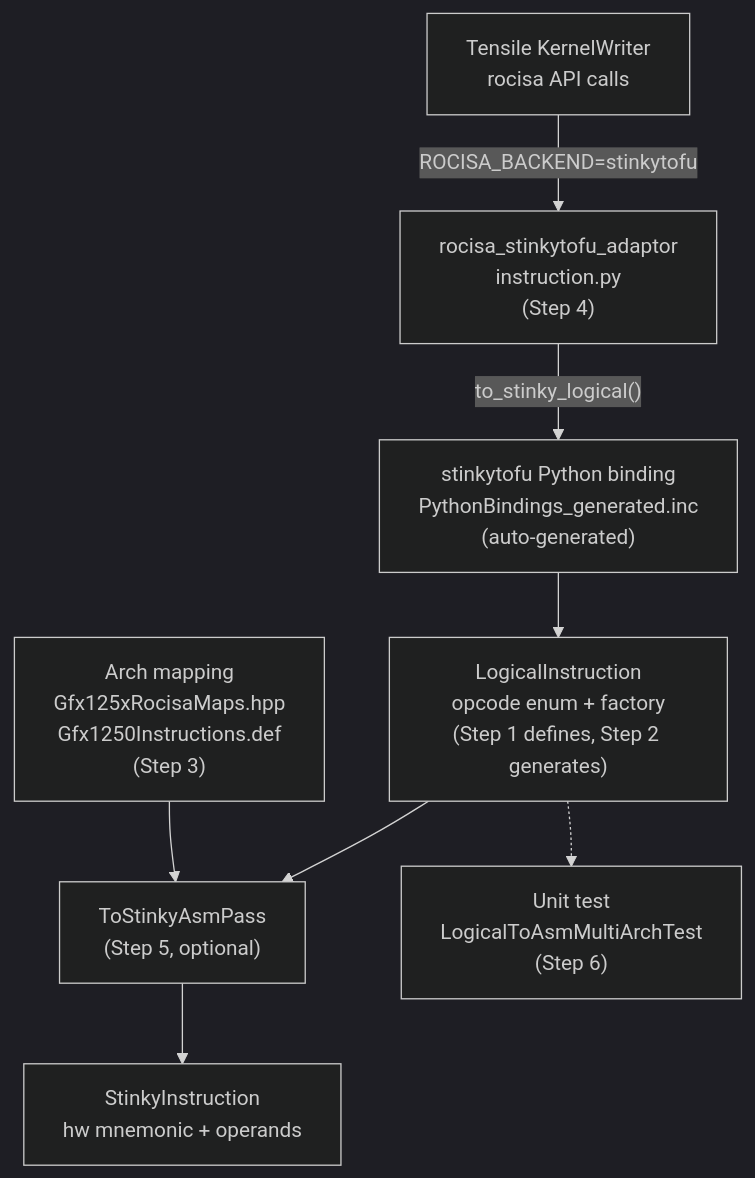
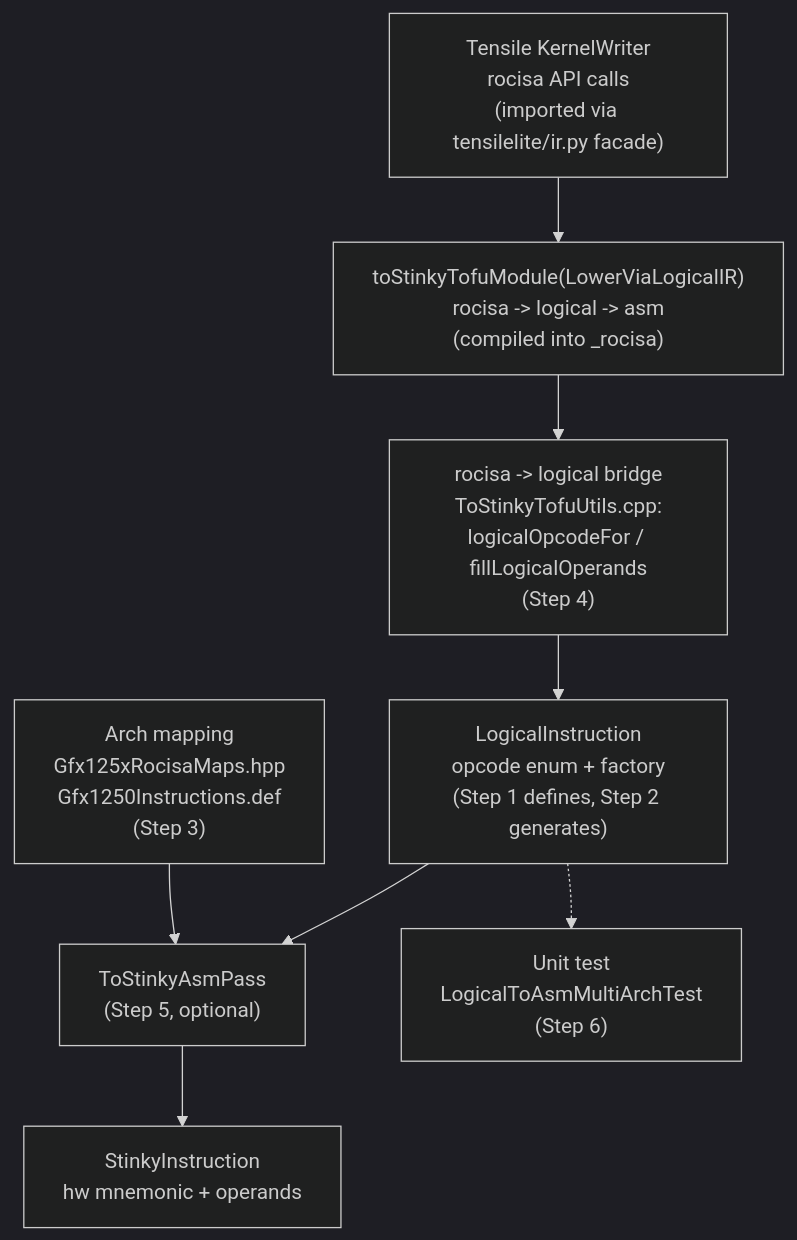
One commit to ROCm/rocm-libraries changed the diagram in shared/stinkytofu/.cursor/skills/add-logical-ir-instruction/SKILL.md. Above: the diagram before and after it, drawn with Mermaid (dark theme). The commit also changed other lines of this file and 1 other file, not shown here.

Commit message:
docs(stinkytofu): update logical-IR guides after adaptor removal

````diff
--- a/shared/stinkytofu/.cursor/skills/add-logical-ir-instruction/SKILL.md
+++ b/shared/stinkytofu/.cursor/skills/add-logical-ir-instruction/SKILL.md
@@ -17,19 +23,19 @@
 ```mermaid
 flowchart TD
-    KW["Tensile KernelWriter\nrocisa API calls"]
-    AD["rocisa_stinkytofu_adaptor\n instruction.py\n(Step 4)"]
-    PB["stinkytofu Python binding\nPythonBindings_generated.inc\n(auto-generated)"]
+    KW["Tensile KernelWriter\nrocisa API calls\n(imported via tensilelite/ir.py facade)"]
+    TT["toStinkyTofuModule(LowerViaLogicalIR)\nrocisa -> logical -> asm\n(compiled into _rocisa)"]
+    BR["rocisa -> logical bridge\nToStinkyTofuUtils.cpp:\nlogicalOpcodeFor / fillLogicalOperands\n(Step 4)"]
     LI["LogicalInstruction\nopcode enum + factory\n(Step 1 defines, Step 2 generates)"]
     AM["Arch mapping\nGfx125xRocisaMaps.hpp\nGfx1250Instructions.def\n(Step 3)"]
     TA["ToStinkyAsmPass\n(Step 5, optional)"]
     ASM["StinkyInstruction\nhw mnemonic + operands"]
     TEST["Unit test\nLogicalToAsmMultiArchTest\n(Step 6)"]
 
-    KW -->|"ROCISA_BACKEND=stinkytofu"| AD
-    AD -->|"to_stinky_logical()"| PB
-    PB --> LI
+    KW --> TT
+    TT --> BR
+    BR --> LI
     LI --> TA
     AM --> TA
     TA --> ASM
     LI -.-> TEST
 ```
````
